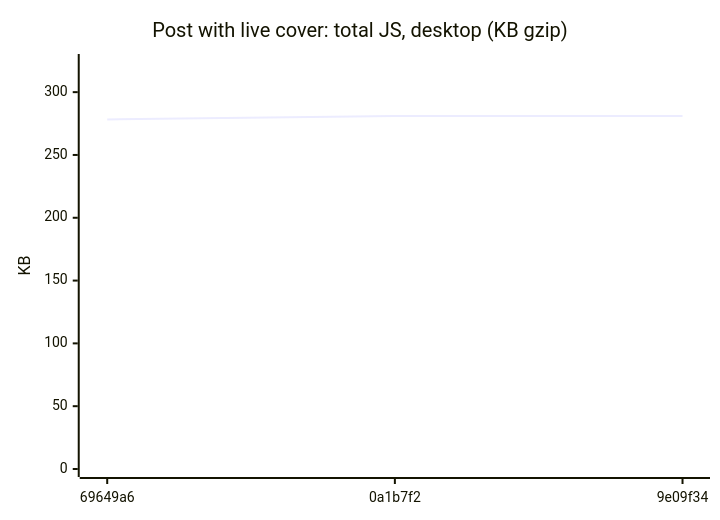
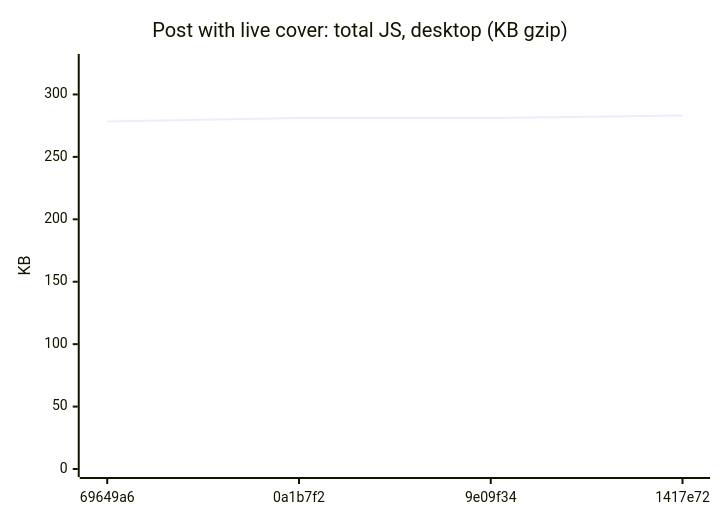
Diagram 13 of 18 in README.md (AxelUser/maltsev.space), drawn with Mermaid before and after one commit. The commit also changed other lines of this file and 1 other file, not shown here.

````diff
--- a/README.md
+++ b/README.md
@@ -143,7 +143,7 @@
 ```mermaid
 xychart-beta
   title "Post with live cover: total JS, desktop (KB gzip)"
-  x-axis ["69649a6", "0a1b7f2", "9e09f34"]
-  y-axis "KB" 0 --> 324
-  line [278.3, 281.1, 281.1]
+  x-axis ["69649a6", "0a1b7f2", "9e09f34", "1417e72"]
+  y-axis "KB" 0 --> 326
+  line [278.3, 281.1, 281.1, 283.1]
 ```
````
